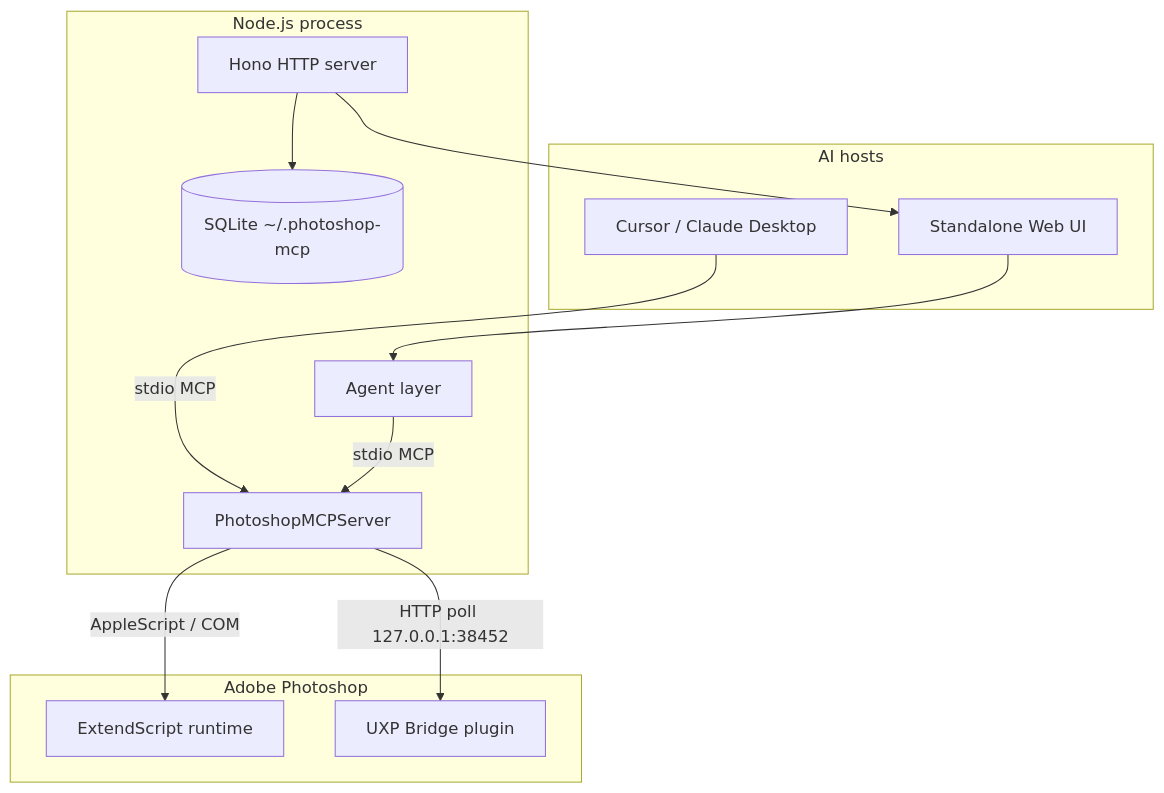
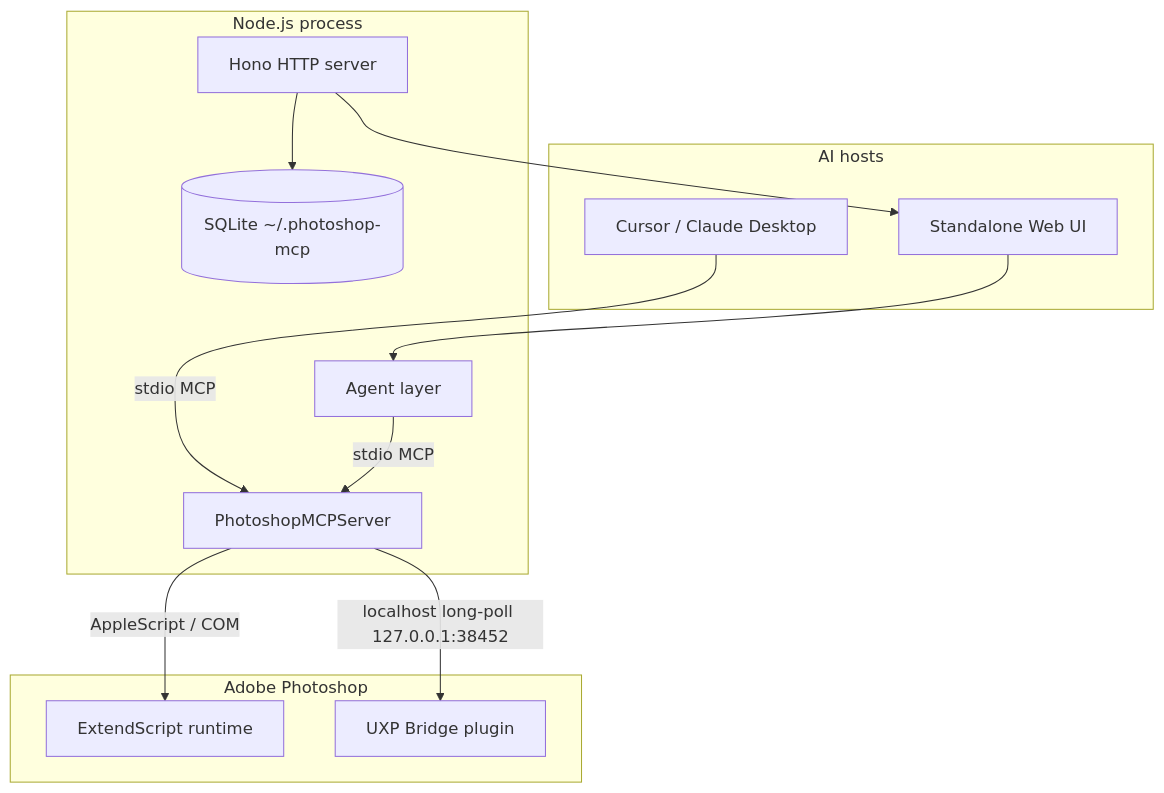
One commit to lavalava45/photoshop-mcp-digital-painting changed the diagram in docs/architecture.md. Above: the diagram before and after it, drawn with Mermaid. The commit also changed other lines of this file and 342 other files, not shown here.

Commit message:
feat: checkpoint compact-v2 UXP painting architecture

````diff
--- a/docs/architecture.md
+++ b/docs/architecture.md
@@ -16,27 +16,27 @@
 ```mermaid
 flowchart TB
   subgraph hosts [AI hosts]
     IDE[Cursor / Claude Desktop]
     UI[Standalone Web UI]
   end
 
   subgraph node [Node.js process]
     MCP[PhotoshopMCPServer]
     Hono[Hono HTTP server]
     Agent[Agent layer]
     SQLite[(SQLite ~/.photoshop-mcp)]
   end
 
   subgraph ps [Adobe Photoshop]
     ES[ExtendScript runtime]
     UXP[UXP Bridge plugin]
   end
 
   IDE -->|stdio MCP| MCP
   UI --> Agent
   Agent -->|stdio MCP| MCP
   Hono --> UI
   Hono --> SQLite
   MCP -->|AppleScript / COM| ES
-  MCP -->|HTTP poll 127.0.0.1:38452| UXP
+  MCP -->|localhost long-poll 127.0.0.1:38452| UXP
 ```
````
